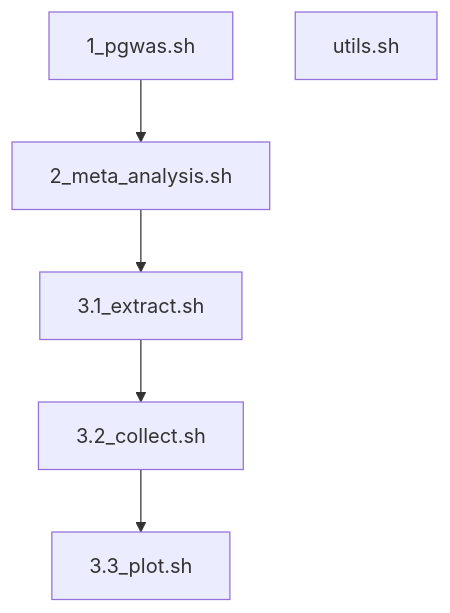
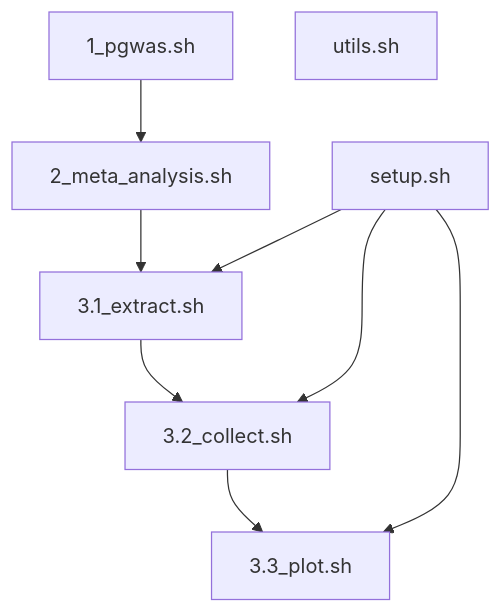
The first of 2 diagrams in peptide_progs/README.md (jinghuazhao/Caprion), drawn with Mermaid before and after one commit. The commit also changed other lines of this file and 8 other files, not shown here.

````diff
--- a/peptide_progs/README.md
+++ b/peptide_progs/README.md
@@ -24,10 +25,14 @@
 ```mermaid
 graph TD;
 1_pgwas.sh
 2_meta_analysis.sh
+setup.sh
 3.1_extract.sh
 3.2_collect.sh
 3.3_plot.sh
 1_pgwas.sh --> 2_meta_analysis.sh --> 3.1_extract.sh --> 3.2_collect.sh --> 3.3_plot.sh
+setup.sh --> 3.1_extract.sh
+setup.sh --> 3.2_collect.sh
+setup.sh --> 3.3_plot.sh
 utils.sh
 ```
````
